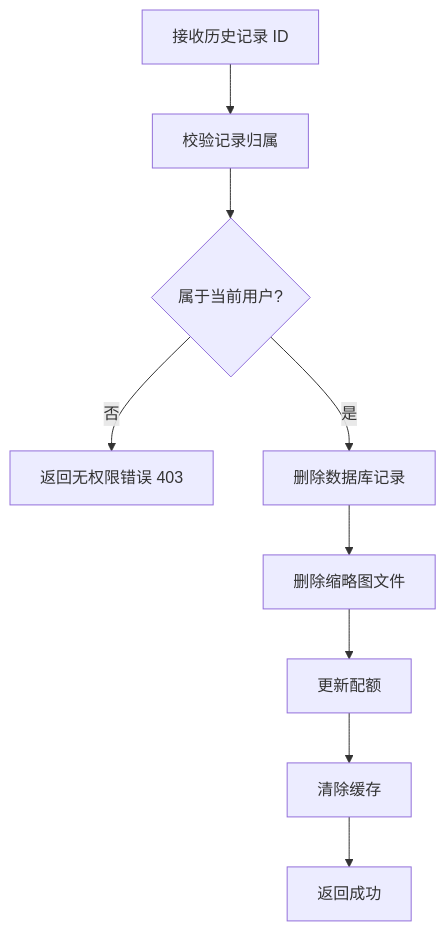
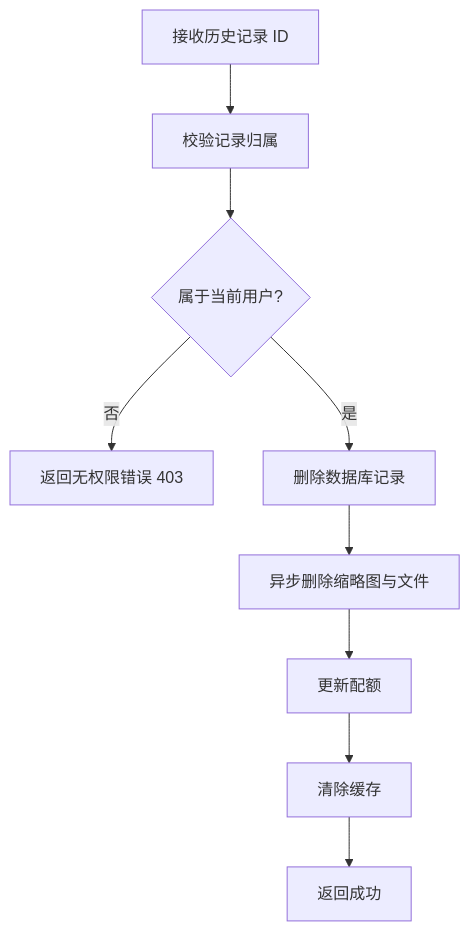
Before and after one commit to earthy-zinc/dehaze-system: the third of 4 diagrams in dehaze-doc/docs/03-模块设计/核心模块/图像输入/后端实现.md, drawn with Mermaid. The commit also changed other lines of this file and 128 other files, not shown here.

````diff
--- a/dehaze-doc/docs/03-模块设计/核心模块/图像输入/后端实现.md
+++ b/dehaze-doc/docs/03-模块设计/核心模块/图像输入/后端实现.md
@@ -178,11 +138,11 @@
 ```mermaid
 graph TD
     A[接收历史记录 ID] --> B[校验记录归属]
     B --> C{属于当前用户?}
     C -->|否| D[返回无权限错误 403]
     C -->|是| E[删除数据库记录]
-    E --> F[删除缩略图文件]
+    E --> F[异步删除缩略图与文件]
     F --> G[更新配额]
     G --> H[清除缓存]
     H --> I[返回成功]
 ```
````
